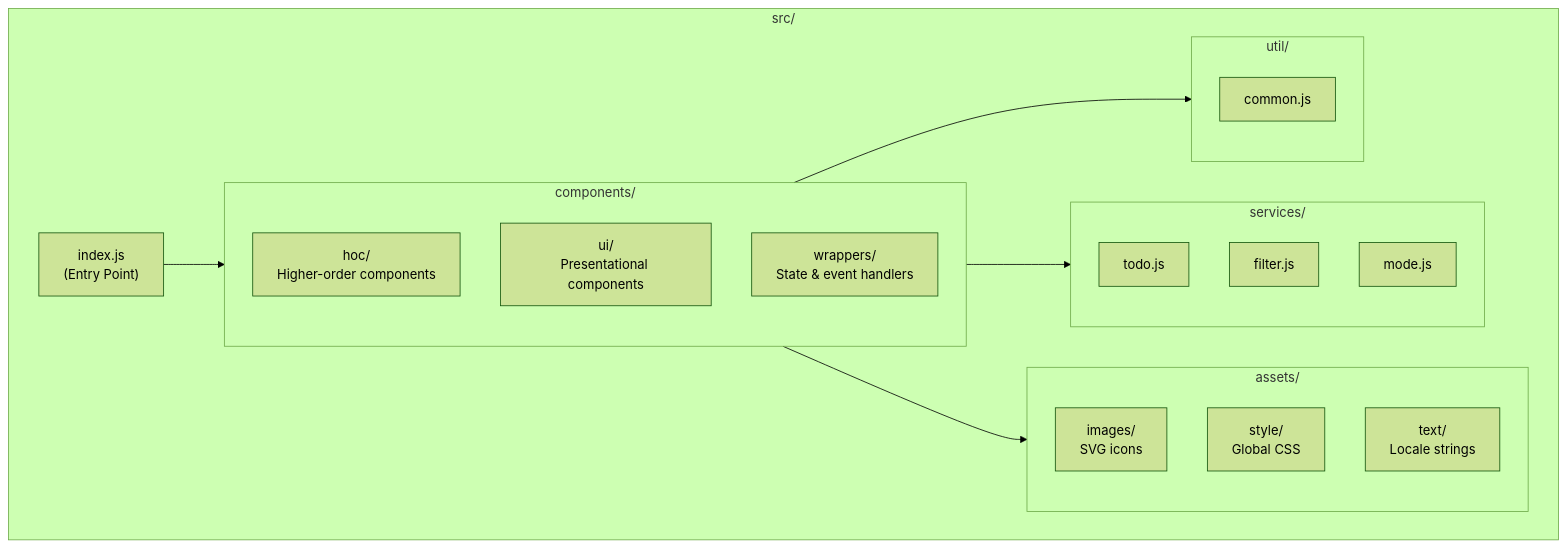
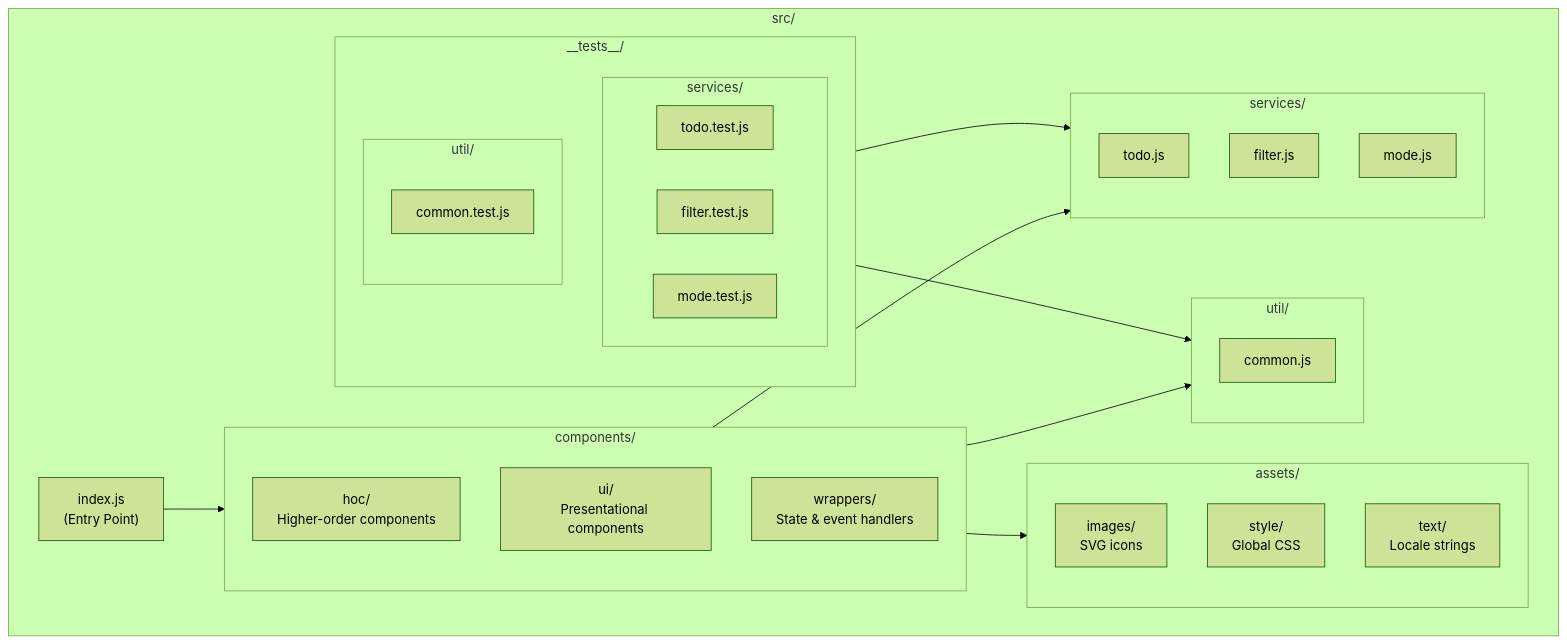
The diagram in src/README.md (hardik-blitzy/react-todo-app), drawn with Mermaid (forest theme) before and after one commit. The commit also changed other lines of this file, not shown here.

Commit message:
Update src/README.md: add __tests__/ directory to documentation
- Updated overview paragraph to mention __tests__/ directory for unit test coverage
- Added __tests__/ subgraph to Mermaid folder structure diagram with services/ and util/ subfolders
- Added dependency arrows from __tests__ to services and util in diagram
- Added __tests__/ entry to Modules table
- Fixed trailing whitespace on blank separator lines per EditorConfig compliance

````diff
--- a/src/README.md
+++ b/src/README.md
@@ -13,33 +13,46 @@
 ```mermaid
 flowchart TB
     subgraph src["src/"]
         INDEX["index.js<br/>(Entry Point)"]
-        
+
         subgraph assets["assets/"]
             IMAGES["images/<br/>SVG icons"]
             STYLE["style/<br/>Global CSS"]
             TEXT["text/<br/>Locale strings"]
         end
-        
+
         subgraph components["components/"]
             HOC["hoc/<br/>Higher-order components"]
             UI["ui/<br/>Presentational components"]
             WRAPPERS["wrappers/<br/>State & event handlers"]
         end
-        
+
         subgraph services["services/"]
             TODO["todo.js"]
             FILTER["filter.js"]
             MODE["mode.js"]
         end
-        
+
         subgraph util["util/"]
             COMMON["common.js"]
         end
+
+        subgraph tests["__tests__/"]
+            subgraph tests_services["services/"]
+                TODO_TEST["todo.test.js"]
+                FILTER_TEST["filter.test.js"]
+                MODE_TEST["mode.test.js"]
+            end
+            subgraph tests_util["util/"]
+                COMMON_TEST["common.test.js"]
+            end
+        end
     end
-    
+
     INDEX --> components
     components --> services
     components --> util
     components --> assets
+    tests --> services
+    tests --> util
 ```
````
